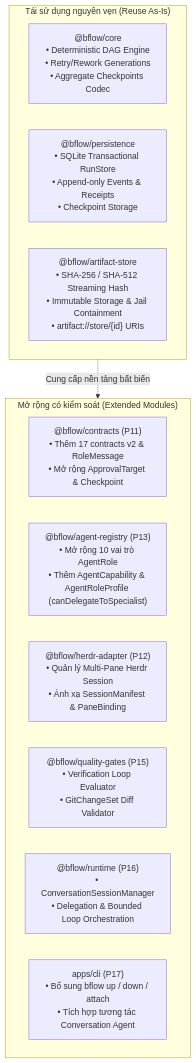
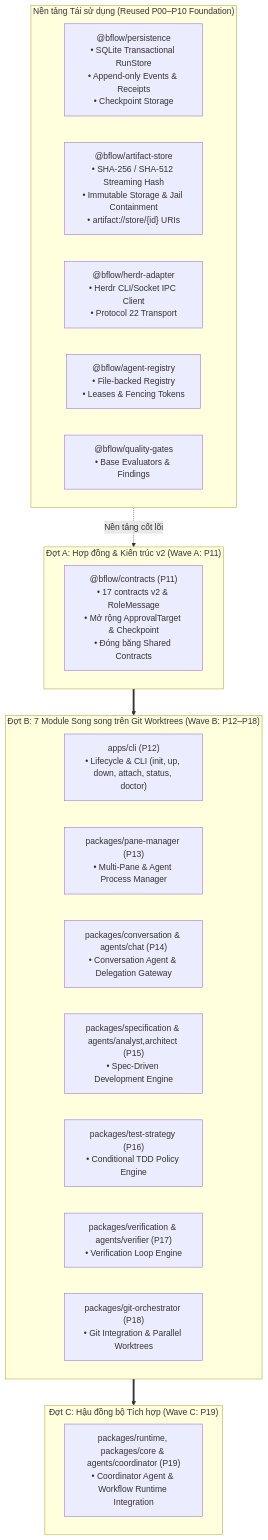
One commit to qxbao/bflow changed the first of 7 diagrams in docs/architecture-v2.md. Above: the diagram before and after it, drawn with Mermaid. The commit also changed other lines of this file and 7 other files, not shown here.

Commit message:
feat(contracts,docs): sync P11 baseline with canonical P11-P19 wave plan and P12-P18 contract extensions

````diff
--- a/docs/architecture-v2.md
+++ b/docs/architecture-v2.md
@@ -134,19 +136,32 @@
 ```mermaid
 flowchart TD
-  subgraph Reused_As_Is["Tái sử dụng nguyên vẹn (Reuse As-Is)"]
-    Core["@bflow/core<br/>• Deterministic DAG Engine<br/>• Retry/Rework Generations<br/>• Aggregate Checkpoints Codec"]
+  subgraph Reused_Foundation["Nền tảng Tái sử dụng (Reused P00–P10 Foundation)"]
     Persistence["@bflow/persistence<br/>• SQLite Transactional RunStore<br/>• Append-only Events & Receipts<br/>• Checkpoint Storage"]
     ArtifactStore["@bflow/artifact-store<br/>• SHA-256 / SHA-512 Streaming Hash<br/>• Immutable Storage & Jail Containment<br/>• artifact://store/{id} URIs"]
+    HerdrBase["@bflow/herdr-adapter<br/>• Herdr CLI/Socket IPC Client<br/>• Protocol 22 Transport"]
+    RegistryBase["@bflow/agent-registry<br/>• File-backed Registry<br/>• Leases & Fencing Tokens"]
+    GatesBase["@bflow/quality-gates<br/>• Base Evaluators & Findings"]
   end
 
-  subgraph Extended_With_Compatibility["Mở rộng có kiểm soát (Extended Modules)"]
-    Contracts["@bflow/contracts (P11)<br/>• Thêm 17 contracts v2 & RoleMessage<br/>• Mở rộng ApprovalTarget & Checkpoint"]
-    Registry["@bflow/agent-registry (P13)<br/>• Mở rộng 10 vai trò AgentRole<br/>• Thêm AgentCapability & AgentRoleProfile (canDelegateToSpecialist)"]
-    HerdrAdapter["@bflow/herdr-adapter (P12)<br/>• Quản lý Multi-Pane Herdr Session<br/>• Ánh xạ SessionManifest & PaneBinding"]
-    Gates["@bflow/quality-gates (P15)<br/>• Verification Loop Evaluator<br/>• GitChangeSet Diff Validator"]
-    Runtime["@bflow/runtime (P16)<br/>• ConversationSessionManager<br/>• Delegation & Bounded Loop Orchestration"]
-    CLI["apps/cli (P17)<br/>• Bổ sung bflow up / down / attach<br/>• Tích hợp tương tác Conversation Agent"]
+  subgraph WaveA["Đợt A: Hợp đồng & Kiến trúc v2 (Wave A: P11)"]
+    Contracts["@bflow/contracts (P11)<br/>• 17 contracts v2 & RoleMessage<br/>• Mở rộng ApprovalTarget & Checkpoint<br/>• Đóng băng Shared Contracts"]
   end
 
-  Reused_As_Is -. Cung cấp nền tảng bất biến .-> Extended_With_Compatibility
+  subgraph WaveB["Đợt B: 7 Module Song song trên Git Worktrees (Wave B: P12–P18)"]
+    CLI["apps/cli (P12)<br/>• Lifecycle & CLI (init, up, down, attach, status, doctor)"]
+    PaneMgr["packages/pane-manager (P13)<br/>• Multi-Pane & Agent Process Manager"]
+    Conv["packages/conversation & agents/chat (P14)<br/>• Conversation Agent & Delegation Gateway"]
+    Spec["packages/specification & agents/analyst,architect (P15)<br/>• Spec-Driven Development Engine"]
+    TestStrat["packages/test-strategy (P16)<br/>• Conditional TDD Policy Engine"]
+    Verify["packages/verification & agents/verifier (P17)<br/>• Verification Loop Engine"]
+    GitOrch["packages/git-orchestrator (P18)<br/>• Git Integration & Parallel Worktrees"]
+  end
+
+  subgraph WaveC["Đợt C: Hậu đồng bộ Tích hợp (Wave C: P19)"]
+    CoordRuntime["packages/runtime, packages/core & agents/coordinator (P19)<br/>• Coordinator Agent & Workflow Runtime Integration"]
+  end
+
+  Reused_Foundation -. Nền tảng cốt lõi .-> WaveA
+  WaveA ==> WaveB
+  WaveB ==> WaveC
 ```
````
